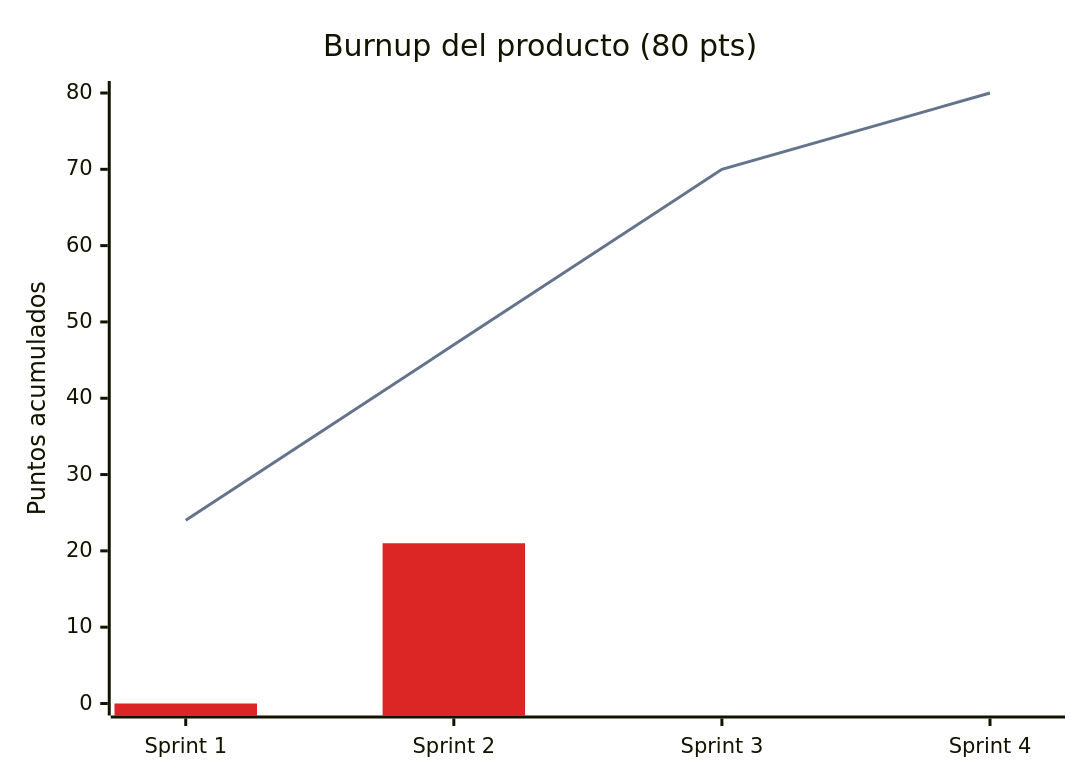
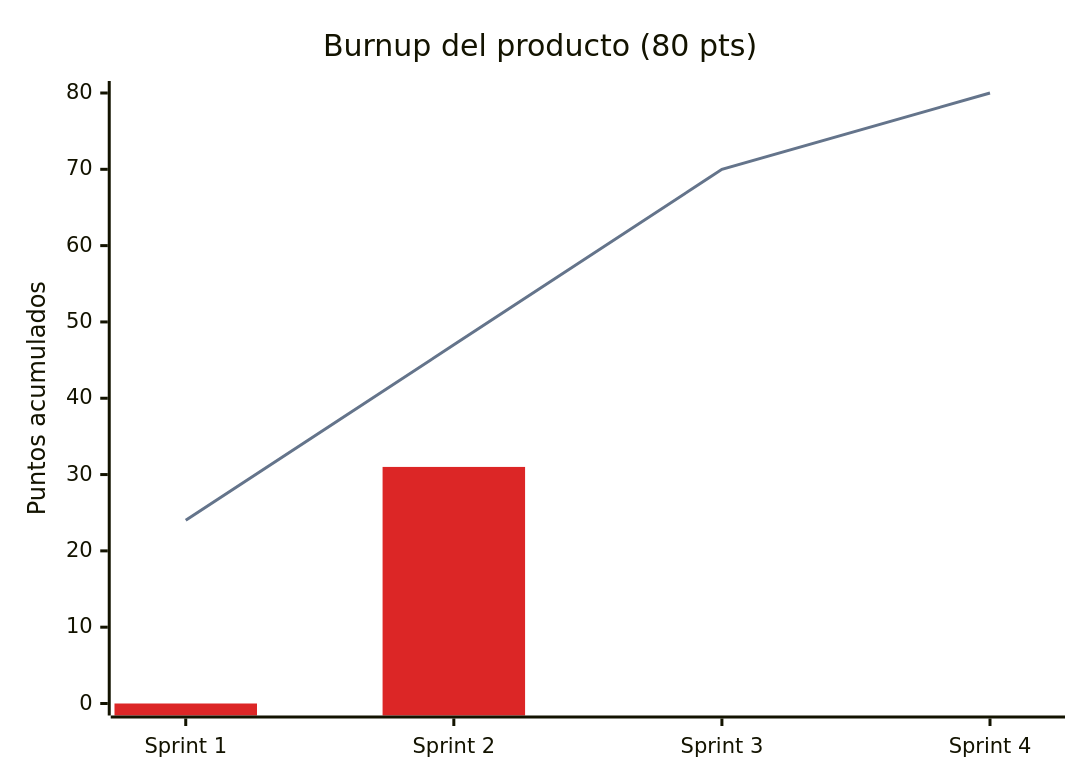
Before and after one commit to notNorthStar/Abarrotes-: the second of 2 diagrams in docs/scrum/burndown.md, drawn with Mermaid. The commit also changed other lines of this file and 9 other files, not shown here.

````diff
--- a/docs/scrum/burndown.md
+++ b/docs/scrum/burndown.md
@@ -57,9 +57,9 @@
 ```mermaid
 %%{init: {"themeVariables": {"xyChart": {"plotColorPalette": "#64748b, #dc2626"}}}}%%
 xychart-beta
     title "Burnup del producto (80 pts)"
     x-axis ["Sprint 1", "Sprint 2", "Sprint 3", "Sprint 4"]
     y-axis "Puntos acumulados" 0 --> 80
     line [24, 47, 70, 80]
-    bar [0, 21]
+    bar [0, 31]
 ```
````
